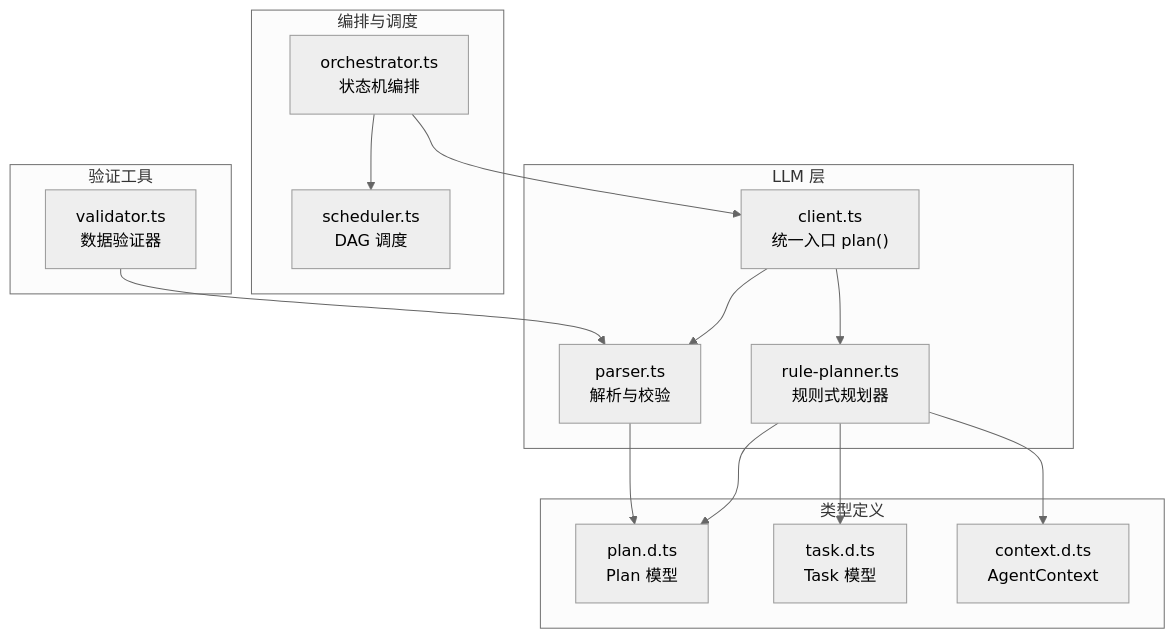
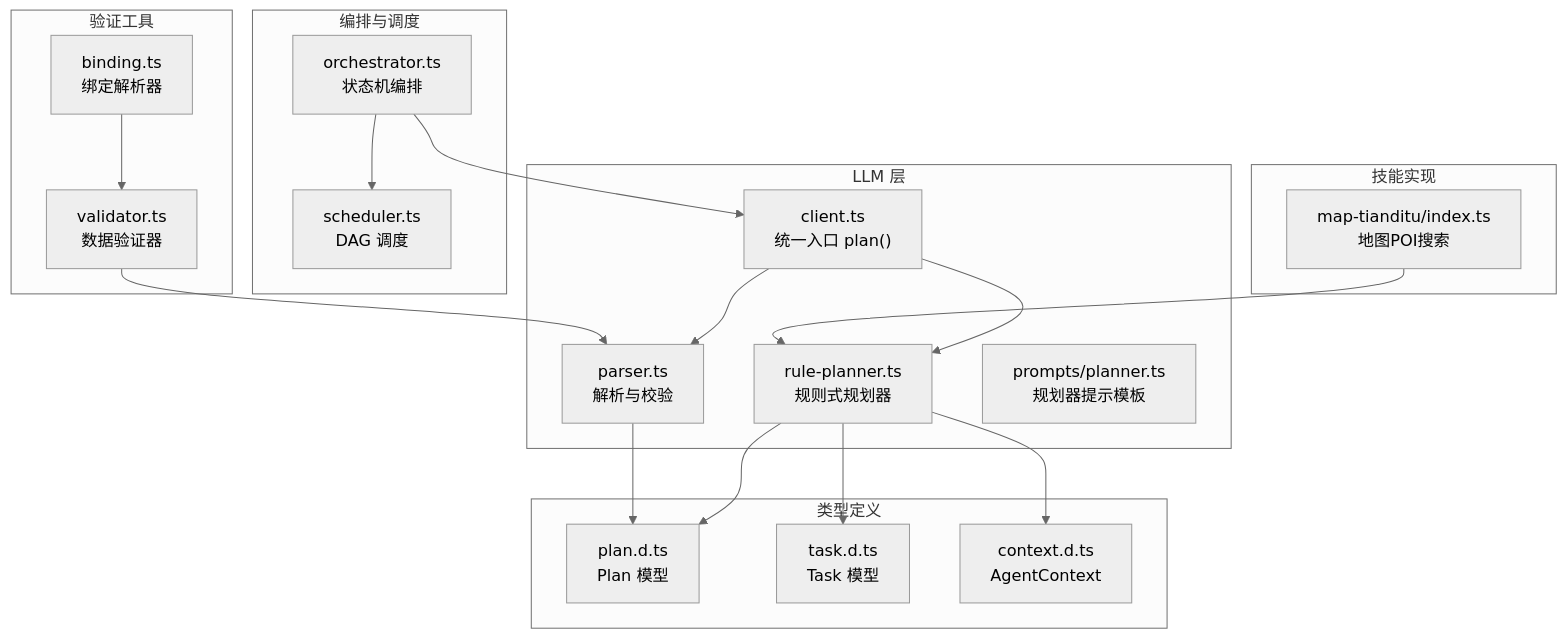
Before and after one commit to Ichi-Hackton/WAIC-WeChat-MiniProgram: the first of 8 diagrams in .qoder/repowiki/zh/content/LLM集成/规则规划器.md, drawn with Mermaid (neutral theme). The commit also changed other lines of this file and 28 other files, not shown here.

````diff
--- a/.qoder/repowiki/zh/content/LLM集成/规则规划器.md
+++ b/.qoder/repowiki/zh/content/LLM集成/规则规划器.md
@@ -44,29 +47,36 @@
 ```mermaid
 graph TB
 subgraph "LLM 层"
 Client["client.ts<br/>统一入口 plan()"]
 Parser["parser.ts<br/>解析与校验"]
 RulePlanner["rule-planner.ts<br/>规则式规划器"]
+Prompt["prompts/planner.ts<br/>规划器提示模板"]
 end
 subgraph "类型定义"
 PlanType["plan.d.ts<br/>Plan 模型"]
 TaskType["task.d.ts<br/>Task 模型"]
 ContextType["context.d.ts<br/>AgentContext"]
 end
 subgraph "编排与调度"
 Orchestrator["orchestrator.ts<br/>状态机编排"]
 Scheduler["scheduler.ts<br/>DAG 调度"]
 end
 subgraph "验证工具"
 Validator["validator.ts<br/>数据验证器"]
+Binding["binding.ts<br/>绑定解析器"]
+end
+subgraph "技能实现"
+MapSkill["map-tianditu/index.ts<br/>地图POI搜索"]
 end
 Client --> Parser
 Client --> RulePlanner
 RulePlanner --> PlanType
 RulePlanner --> TaskType
 RulePlanner --> ContextType
 Parser --> PlanType
 Validator --> Parser
+Binding --> Validator
 Orchestrator --> Client
 Orchestrator --> Scheduler
+MapSkill --> RulePlanner
 ```
````
